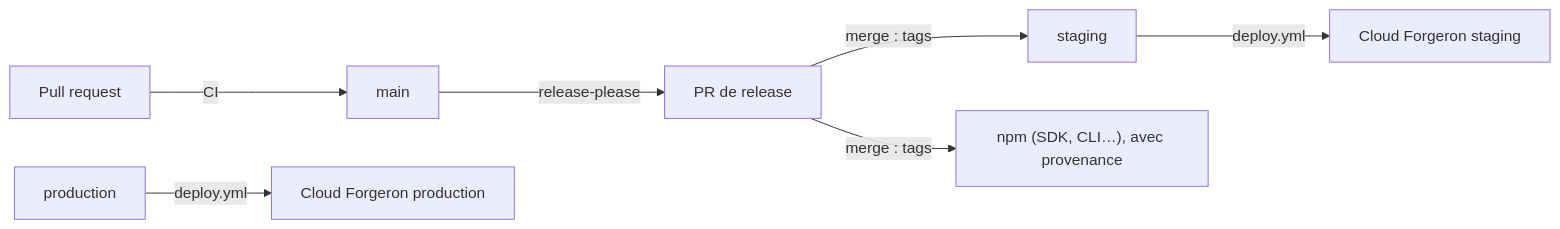
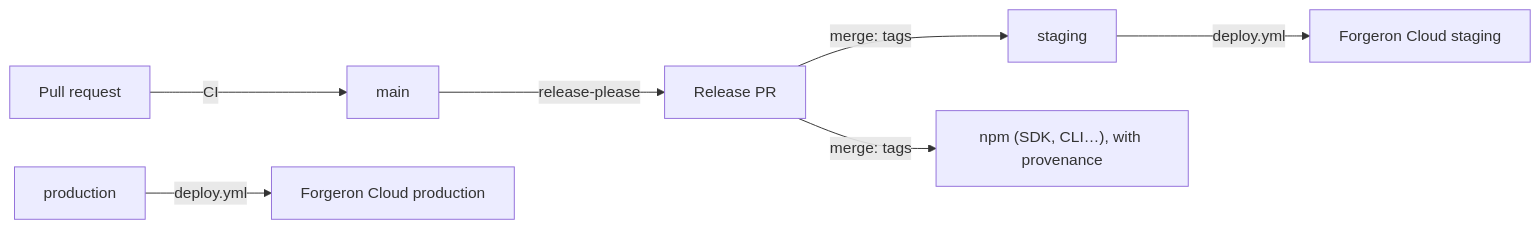
The third of 3 diagrams in docs/ARCHITECTURE.md (forgeron-sh/monorepo), drawn with Mermaid before and after one commit. The commit also changed other lines of this file and 128 other files, not shown here.

````diff
--- a/docs/ARCHITECTURE.md
+++ b/docs/ARCHITECTURE.md
@@ -253,9 +253,9 @@
 ```mermaid
 flowchart LR
   PR[Pull request] -->|CI| main
-  main -->|release-please| R[PR de release]
-  R -->|merge : tags| S[staging]
-  S -->|deploy.yml| CFS[Cloud Forgeron staging]
-  R -->|merge : tags| NPM["npm (SDK, CLI…), avec provenance"]
-  P[production] -->|deploy.yml| CFP[Cloud Forgeron production]
+  main -->|release-please| R[Release PR]
+  R -->|merge: tags| S[staging]
+  S -->|deploy.yml| CFS[Forgeron Cloud staging]
+  R -->|merge: tags| NPM["npm (SDK, CLI…), with provenance"]
+  P[production] -->|deploy.yml| CFP[Forgeron Cloud production]
 ```
````
